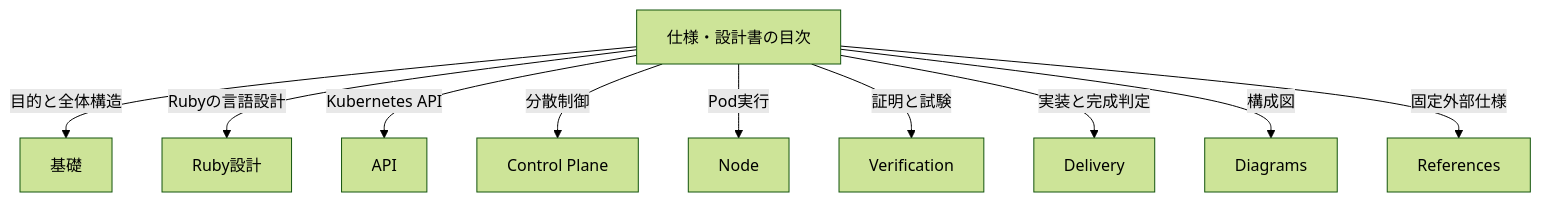
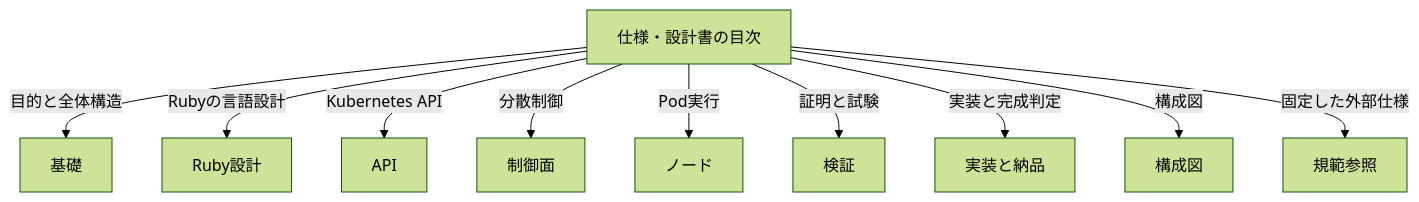
Before and after one commit to Aqua-218/Rubernetes: the diagram in spec/README.md, drawn with Mermaid (forest theme).

Commit message:
docs(spec): revise README.md at line 19
One edit in spec/README.md at line 19: +6 -6.

````diff
--- a/spec/README.md
+++ b/spec/README.md
@@ -13,13 +13,13 @@
 ```mermaid
 graph TD
     Hub["仕様・設計書の目次"]
     Hub -->|"目的と全体構造"| Foundation["基礎"]
     Hub -->|"Rubyの言語設計"| RubyDesign["Ruby設計"]
     Hub -->|"Kubernetes API"| API["API"]
-    Hub -->|"分散制御"| ControlPlane["Control Plane"]
-    Hub -->|"Pod実行"| Node["Node"]
-    Hub -->|"証明と試験"| Verification["Verification"]
-    Hub -->|"実装と完成判定"| Delivery["Delivery"]
-    Hub -->|"構成図"| Diagrams["Diagrams"]
-    Hub -->|"固定外部仕様"| References["References"]
+    Hub -->|"分散制御"| ControlPlane["制御面"]
+    Hub -->|"Pod実行"| Node["ノード"]
+    Hub -->|"証明と試験"| Verification["検証"]
+    Hub -->|"実装と完成判定"| Delivery["実装と納品"]
+    Hub -->|"構成図"| Diagrams["構成図"]
+    Hub -->|"固定した外部仕様"| References["規範参照"]
 ```
````
